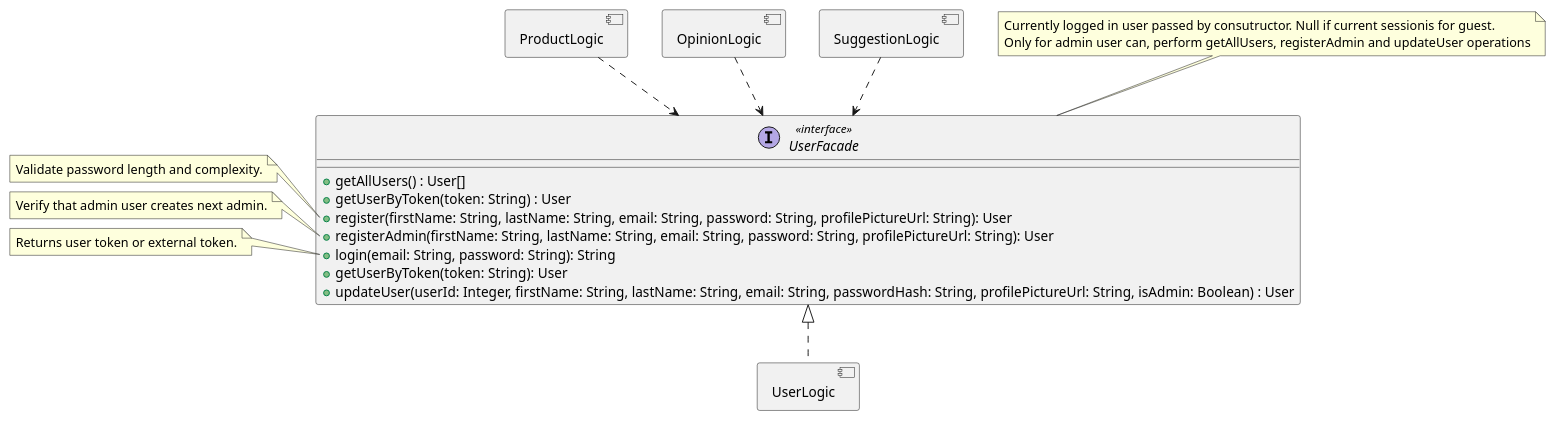
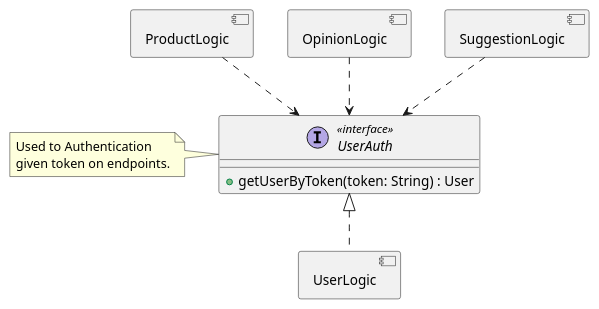
The tenth of 10 diagrams in backend/BackendLogic.md (RadekBucki/OpinionCollectorArchitecture), drawn with PlantUML before and after one commit. The commit also changed other lines of this file and 1 other file, not shown here.

Commit message:
Update to auth

````diff
--- a/backend/BackendLogic.md
+++ b/backend/BackendLogic.md
@@ -296,44 +295,26 @@
 ```plantuml
 @startuml
     component UserLogic {
     }
     component ProductLogic {
     }
     component OpinionLogic {
     }
     component SuggestionLogic {
     }
     
-    interface UserFacade <<interface>> {
-        + getAllUsers() : User[]
+    interface UserAuth <<interface>> {
         + getUserByToken(token: String) : User
-        + register(firstName: String, lastName: String, email: String, password: String, profilePictureUrl: String): User
-        + registerAdmin(firstName: String, lastName: String, email: String, password: String, profilePictureUrl: String): User
-        + login(email: String, password: String): String
-        + getUserByToken(token: String): User
-        + updateUser(userId: Integer, firstName: String, lastName: String, email: String, passwordHash: String, profilePictureUrl: String, isAdmin: Boolean) : User
     }
-
-    note top of UserFacade
-        Currently logged in user passed by consutructor. Null if current sessionis for guest.
-        Only for admin user can, perform getAllUsers, registerAdmin and updateUser operations
-    endnote
-
-    note left of UserFacade::register
-        Validate password length and complexity.
-    endnote
-
-    note left of UserFacade::registerAdmin
-        Verify that admin user creates next admin.
-    endnote
-
-    note left of UserFacade::login
-        Returns user token or external token.
+    
+    note left of UserAuth
+        Used to Authentication
+        given token on endpoints.
     endnote
     
-ProductLogic    ..>  UserFacade
-OpinionLogic    ..>  UserFacade
-SuggestionLogic ..>  UserFacade
-UserFacade      <|.. UserLogic
+    ProductLogic    ..>  UserAuth
+    OpinionLogic    ..>  UserAuth
+    SuggestionLogic ..>  UserAuth
+    UserAuth      <|.. UserLogic
 @enduml 
 ```
````
